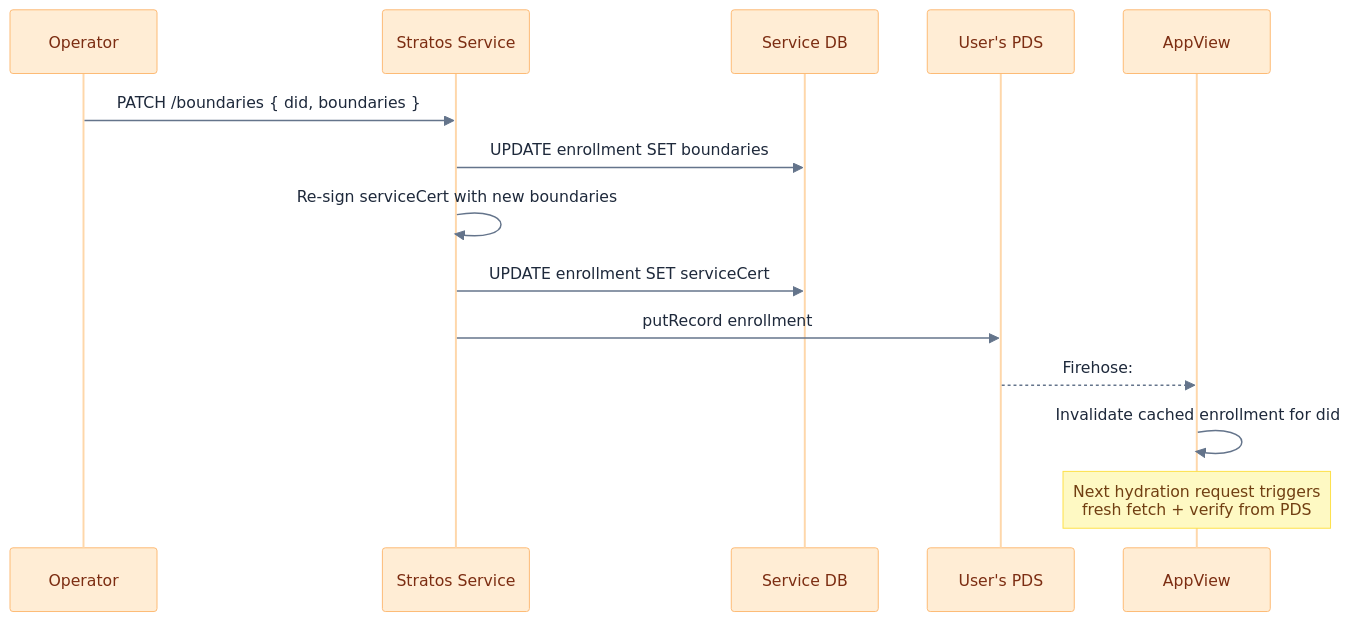
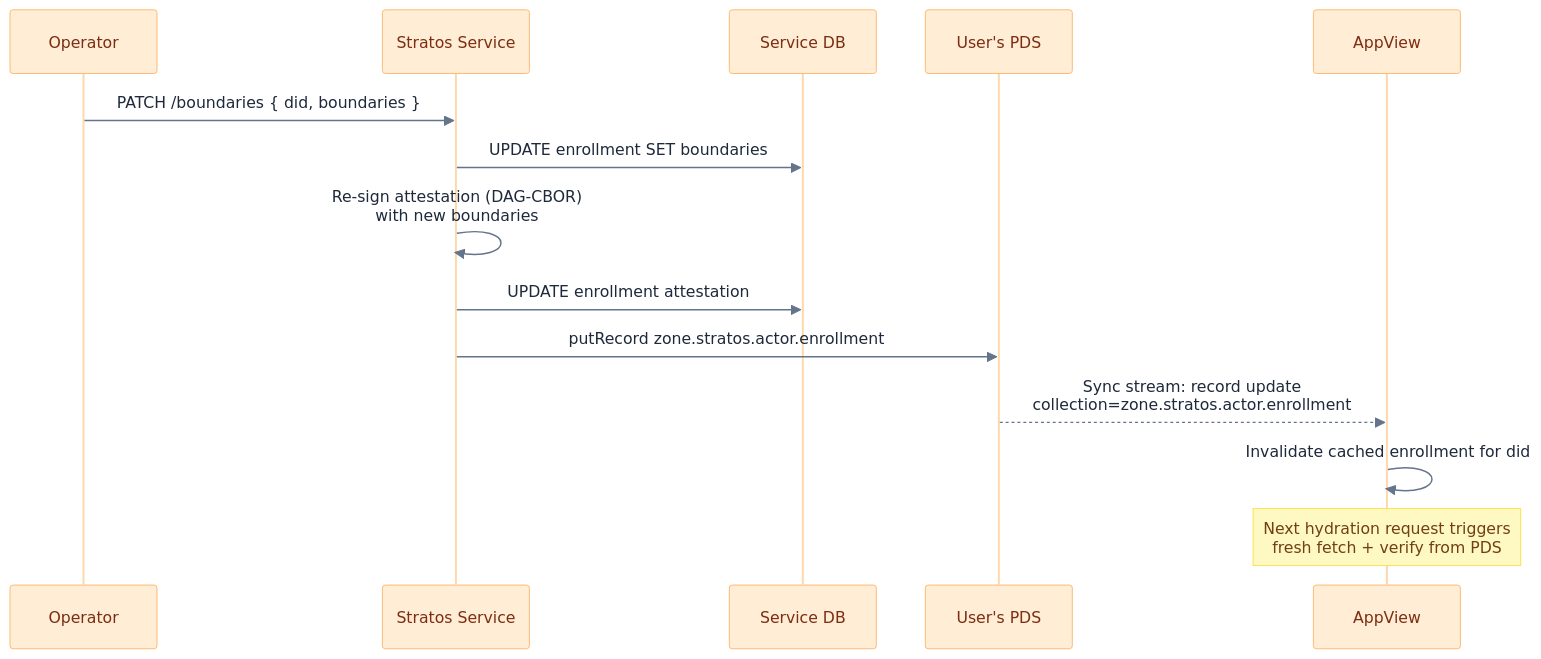
One commit to NorthskySocial/stratos changed the fourth of 4 diagrams in docs/enrollment-signing.md. Above: the diagram before and after it, drawn with Mermaid. The commit also changed other lines of this file, not shown here.

Commit message:
Update enrollment

````diff
--- a/docs/enrollment-signing.md
+++ b/docs/enrollment-signing.md
@@ -136,31 +237,31 @@
 ```mermaid
 %%{init: {'theme': 'base', 'themeVariables': {
   'actorBkg': '#ffedd5',
   'actorBorder': '#fdba74',
   'actorTextColor': '#7c2d12',
   'actorLineColor': '#fed7aa',
   'noteBkgColor': '#fef9c3',
   'noteBorderColor': '#fde047',
   'noteTextColor': '#713f12',
   'activationBkgColor': '#ede9fe',
   'activationBorderColor': '#c4b5fd',
   'signalColor': '#64748b',
   'signalTextColor': '#1e293b',
   'sequenceNumberColor': '#ffffff'
 }}}%%
 sequenceDiagram
     participant OP as Operator
     participant S as Stratos Service
     participant DB as Service DB
     participant PDS as User's PDS
     participant AV as AppView
 
     OP->>S: PATCH /boundaries { did, boundaries }
     S->>DB: UPDATE enrollment SET boundaries
-    S->>S: Re-sign serviceCert with new boundaries
-    S->>DB: UPDATE enrollment SET serviceCert
-    S->>PDS: putRecord enrollment#self<br/>(new boundaries + new serviceCert)
-    PDS-->>AV: Firehose: #repo.commit<br/>collection=app.northsky.stratos.actor.enrollment
+    S->>S: Re-sign attestation (DAG-CBOR)<br/>with new boundaries
+    S->>DB: UPDATE enrollment attestation
+    S->>PDS: putRecord zone.stratos.actor.enrollment#serviceDid<br/>(new boundaries + new attestation)
+    PDS-->>AV: Sync stream: record update<br/>collection=zone.stratos.actor.enrollment
     AV->>AV: Invalidate cached enrollment for did
     note over AV: Next hydration request triggers<br/>fresh fetch + verify from PDS
 ```
````
